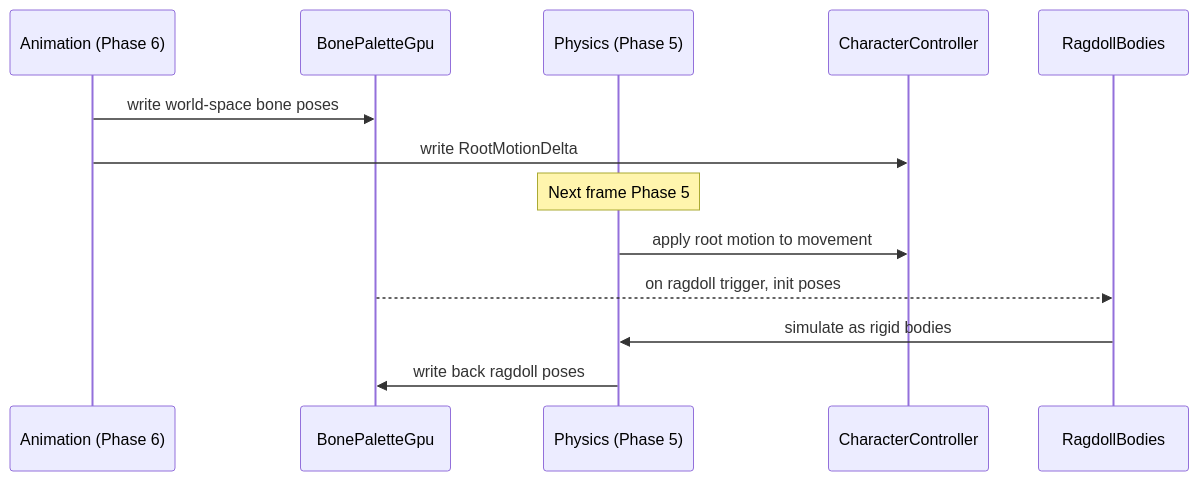
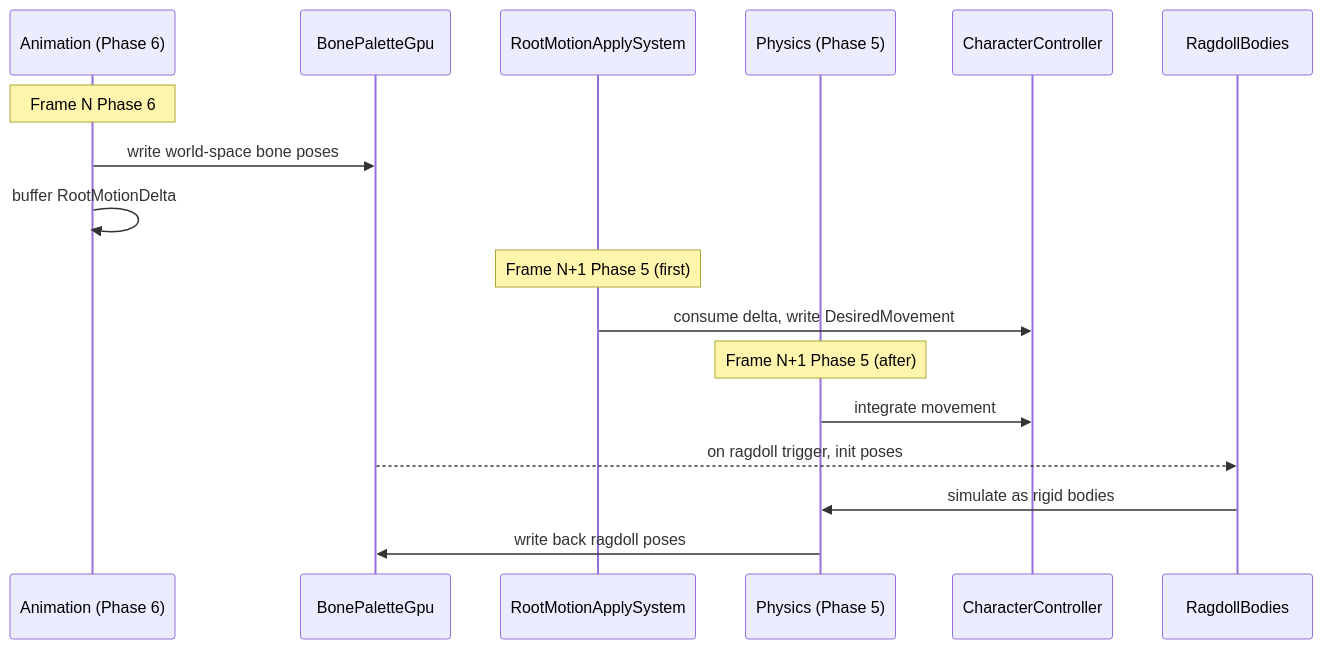
One commit to harmonius-dev/harmonius changed the second of 2 diagrams in docs/design/integration/animation-physics.md. Above: the diagram before and after it, drawn with Mermaid. The commit also changed other lines of this file and 57 other files, not shown here.

````diff
--- a/docs/design/integration/animation-physics.md
+++ b/docs/design/integration/animation-physics.md
@@ -79,16 +177,20 @@
 ```mermaid
 sequenceDiagram
     participant Anim as Animation (Phase 6)
     participant Bones as BonePaletteGpu
+    participant RMA as RootMotionApplySystem
     participant Phys as Physics (Phase 5)
     participant CC as CharacterController
     participant RD as RagdollBodies
 
+    Note over Anim: Frame N Phase 6
     Anim->>Bones: write world-space bone poses
-    Anim->>CC: write RootMotionDelta
-    Note over Phys: Next frame Phase 5
-    Phys->>CC: apply root motion to movement
+    Anim->>Anim: buffer RootMotionDelta
+    Note over RMA: Frame N+1 Phase 5 (first)
+    RMA->>CC: consume delta, write DesiredMovement
+    Note over Phys: Frame N+1 Phase 5 (after)
+    Phys->>CC: integrate movement
     Bones-->>RD: on ragdoll trigger, init poses
     RD->>Phys: simulate as rigid bodies
     Phys->>Bones: write back ragdoll poses
 ```
````
